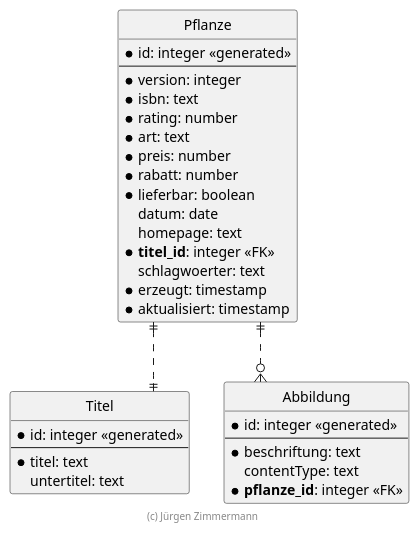
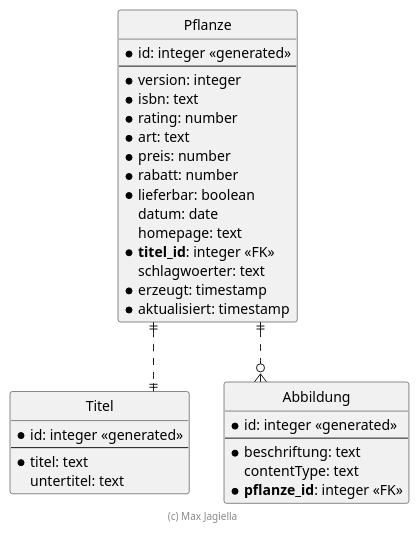
One commit to raspberrymax/SWE_ABGABE_1 changed the diagram in .extras/doc/projekthandbuch/ER-Diagramm.plantuml. Above: the diagram before and after it, drawn with PlantUML. The commit also changed 33 other files, not shown here.

```diff
--- a/.extras/doc/projekthandbuch/ER-Diagramm.plantuml
+++ b/.extras/doc/projekthandbuch/ER-Diagramm.plantuml
@@ -18,47 +18,47 @@
 @startuml ER Diagramm
 
 ' hide the spot
 hide circle
 
 ' evtl. Prbleme mit Kraehenfuessen vermeiden
 skinparam linetype ortho
 
 entity "Pflanze" {
   * id: integer <<generated>>
   --
   * version: integer
   * isbn: text
   * rating: number
   * art: text
   * preis: number
   * rabatt: number
   * lieferbar: boolean
     datum: date
     homepage: text
   * **titel_id**: integer <<FK>>
     schlagwoerter: text
   * erzeugt: timestamp
   * aktualisiert: timestamp
 }
 
 entity "Titel" {
   * id: integer <<generated>>
   --
   * titel: text
     untertitel: text
 }
 
 entity "Abbildung" {
   * id: integer <<generated>>
   --
   * beschriftung: text
     contentType: text
   * **pflanze_id**: integer <<FK>>
 }
 
 Pflanze ||..|| Titel
 Pflanze ||..o{ Abbildung
 
-footer (c) Jürgen Zimmermann
+footer (c) Max Jagiella
 
 @enduml
```
